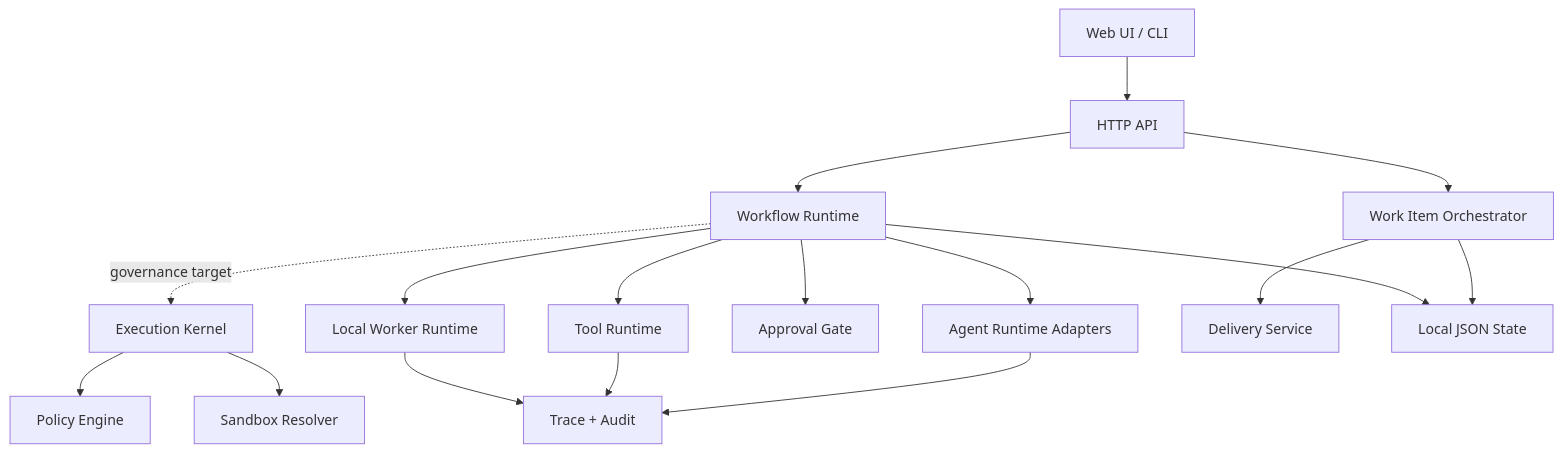
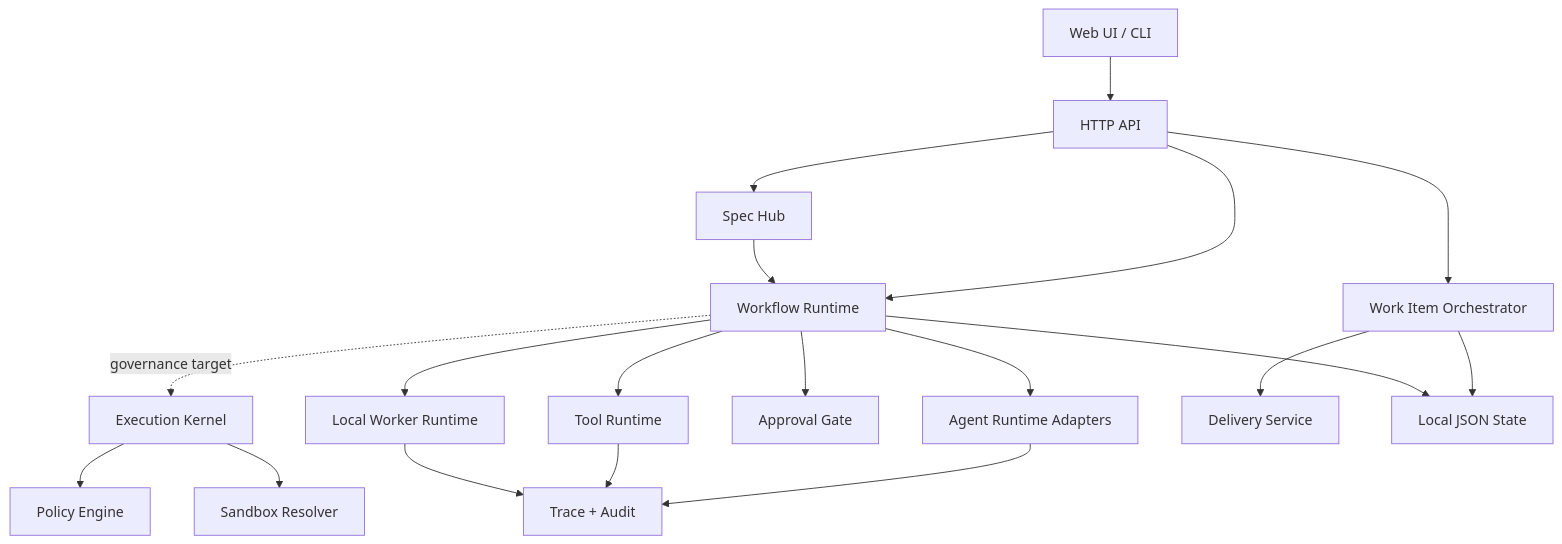
One commit to CTL-ETHEAAD/agent-hub changed the diagram in docs/TECHNICAL_DESIGN.en.md. Above: the diagram before and after it, drawn with Mermaid. The commit also changed other lines of this file and 16 other files, not shown here.

Commit message:
feat: add spec hub and workflow run binding

````diff
--- a/docs/TECHNICAL_DESIGN.en.md
+++ b/docs/TECHNICAL_DESIGN.en.md
@@ -9,19 +9,21 @@
 ```mermaid
 flowchart TD
   UI["Web UI / CLI"] --> API["HTTP API"]
+  API --> SP["Spec Hub"]
   API --> WI["Work Item Orchestrator"]
   API --> WF["Workflow Runtime"]
+  SP --> WF
   WF -. governance target .-> K["Execution Kernel"]
   K --> P["Policy Engine"]
   K --> S["Sandbox Resolver"]
   WF --> A["Agent Runtime Adapters"]
   WF --> T["Tool Runtime"]
   WF --> AP["Approval Gate"]
   WF --> W["Local Worker Runtime"]
   A --> TR["Trace + Audit"]
   T --> TR
   W --> TR
   WI --> D["Delivery Service"]
   WI --> ST["Local JSON State"]
   WF --> ST
 ```
````
